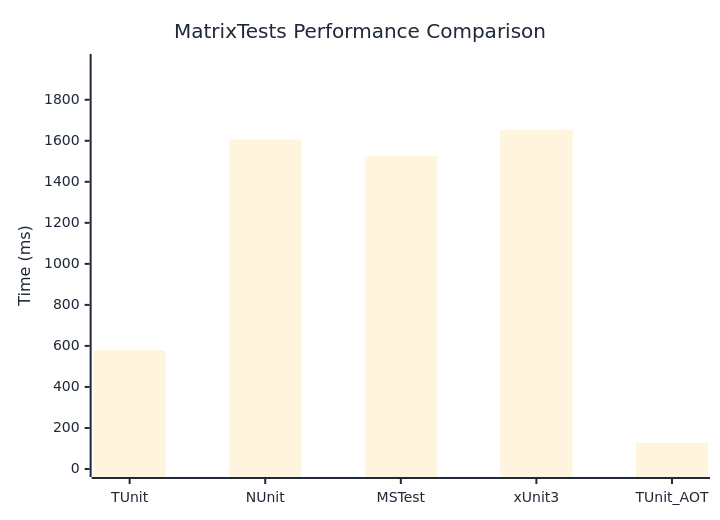
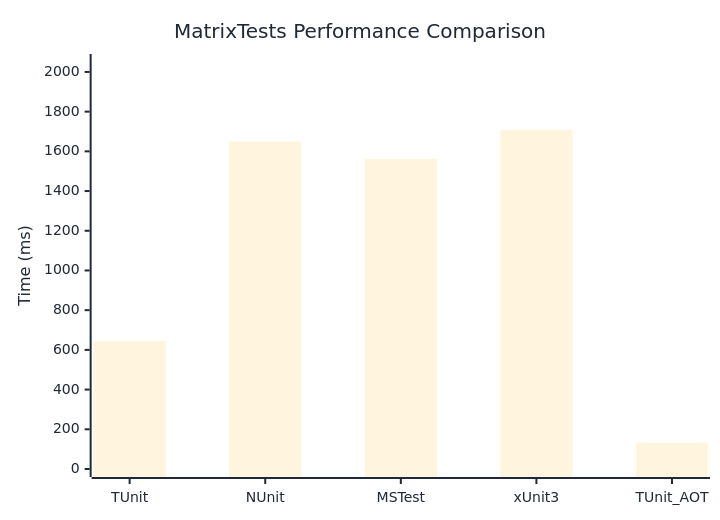
The diagram in docs/docs/benchmarks/MatrixTests.md (thomhurst/TUnit), drawn with Mermaid before and after one commit. The commit also changed other lines of this file and 17 other files, not shown here.

````diff
--- a/docs/docs/benchmarks/MatrixTests.md
+++ b/docs/docs/benchmarks/MatrixTests.md
@@ -27,37 +27,37 @@
 ```mermaid
 %%{init: {
   'theme':'base',
   'themeVariables': {
     'primaryColor': '#2563eb',
     'primaryTextColor': '#1f2937',
     'primaryBorderColor': '#1e40af',
     'lineColor': '#6b7280',
     'secondaryColor': '#7c3aed',
     'tertiaryColor': '#dc2626',
     'background': '#ffffff',
     'mainBkg': '#2563eb',
     'secondBkg': '#7c3aed',
     'tertiaryBkg': '#dc2626',
     'clusterBkg': '#f3f4f6',
     'edgeLabelBackground': '#ffffff',
     'tertiaryTextColor': '#1f2937',
     'pie1': '#2563eb',
     'pie2': '#7c3aed',
     'pie3': '#dc2626',
     'pie4': '#f59e0b',
     'pie5': '#10b981',
     'pie6': '#06b6d4',
     'pie7': '#ec4899',
     'pie8': '#6366f1',
     'pie9': '#84cc16',
     'pie10': '#f97316',
     'pie11': '#14b8a6',
     'pie12': '#a855f7'
   }
 }}%%
 xychart-beta
   title "MatrixTests Performance Comparison"
   x-axis ["TUnit", "NUnit", "MSTest", "xUnit3", "TUnit_AOT"]
-  y-axis "Time (ms)" 0 --> 1984
-  bar [579.6, 1605.8, 1524.8, 1653.2, 127.1]
+  y-axis "Time (ms)" 0 --> 2050
+  bar [644.8, 1648.9, 1561.7, 1708, 132.8]
 ```
````
